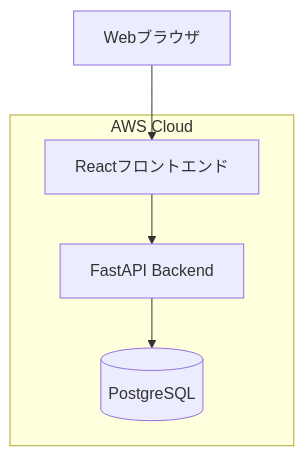
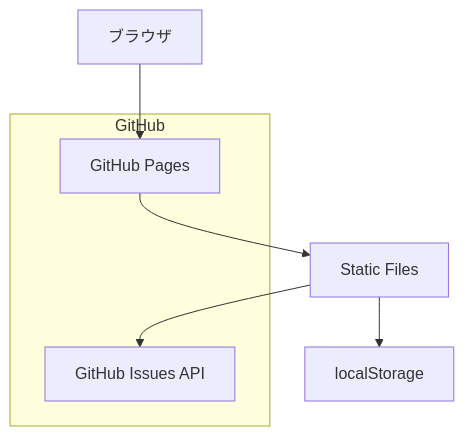
Before and after one commit to Nappage/Todo-app: the diagram in docs/03_architecture.md, drawn with Mermaid. The commit also changed other lines of this file, not shown here.

Commit message:
docs: Simplify architecture design

````diff
--- a/docs/03_architecture.md
+++ b/docs/03_architecture.md
@@ -5,12 +5,12 @@
 ```mermaid
 graph TD
-    Client[Webブラウザ] --> Frontend[Reactフロントエンド]
-    Frontend --> API[FastAPI Backend]
-    API --> DB[(PostgreSQL)]
+    A[ブラウザ] --> B[GitHub Pages]
+    B --> C[Static Files]
+    C --> D[localStorage]
+    C --> E[GitHub Issues API]
     
-    subgraph AWS Cloud
-        Frontend
-        API
-        DB
+    subgraph GitHub
+        B
+        E
     end
 ```
````
